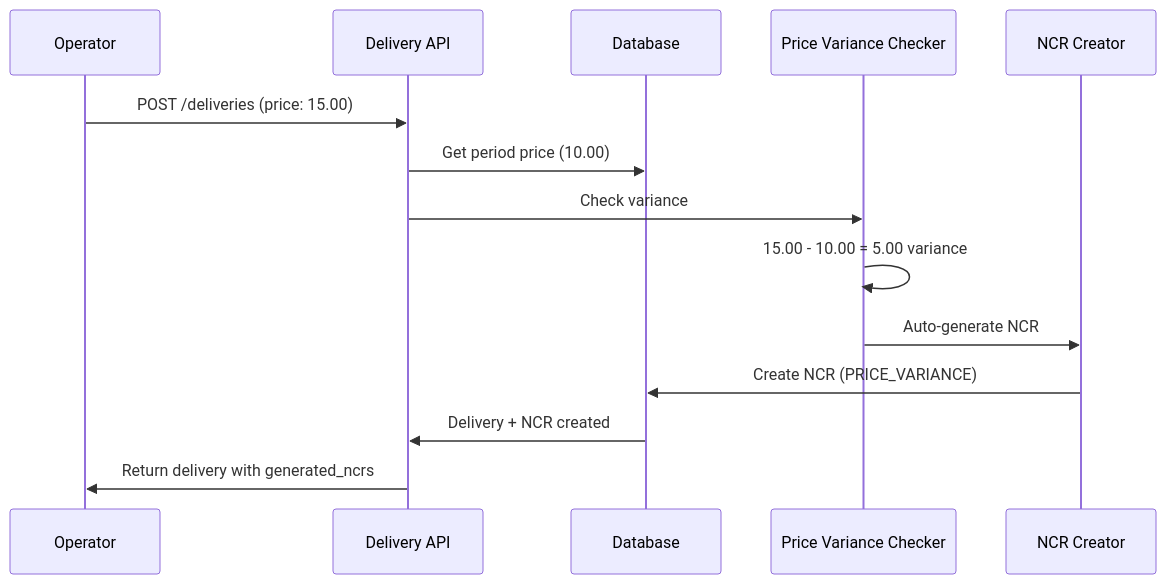
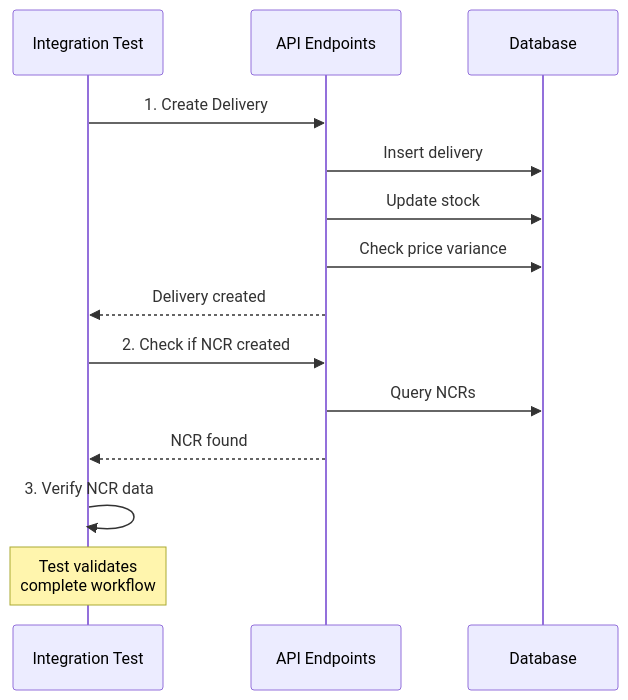
One commit to alkholigroup2020/stock-management-system changed the second of 3 diagrams in project-docs/dev-guide/phase4/phase-4.4-testing-implementation.md. Above: the diagram before and after it, drawn with Mermaid. The commit also changed other lines of this file, not shown here.

Commit message:
create phase 4.4 documentation file

````diff
--- a/project-docs/dev-guide/phase4/phase-4.4-testing-implementation.md
+++ b/project-docs/dev-guide/phase4/phase-4.4-testing-implementation.md
@@ -762,17 +1150,20 @@
 ```mermaid
 sequenceDiagram
-    participant User as Operator
-    participant API as Delivery API
+    participant Test as Integration Test
+    participant API as API Endpoints
     participant DB as Database
-    participant PV as Price Variance Checker
-    participant NCR as NCR Creator
 
-    User->>API: POST /deliveries (price: 15.00)
-    API->>DB: Get period price (10.00)
-    API->>PV: Check variance
-    PV->>PV: 15.00 - 10.00 = 5.00 variance
-    PV->>NCR: Auto-generate NCR
-    NCR->>DB: Create NCR (PRICE_VARIANCE)
-    DB->>API: Delivery + NCR created
-    API->>User: Return delivery with generated_ncrs
+    Test->>API: 1. Create Delivery
+    API->>DB: Insert delivery
+    API->>DB: Update stock
+    API->>DB: Check price variance
+    API-->>Test: Delivery created
+
+    Test->>API: 2. Check if NCR created
+    API->>DB: Query NCRs
+    API-->>Test: NCR found
+
+    Test->>Test: 3. Verify NCR data
+
+    Note over Test: Test validates<br/>complete workflow
 ```
````
